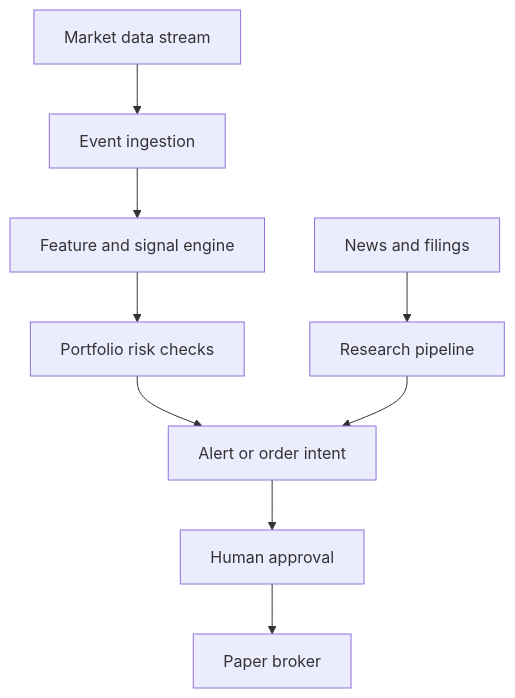
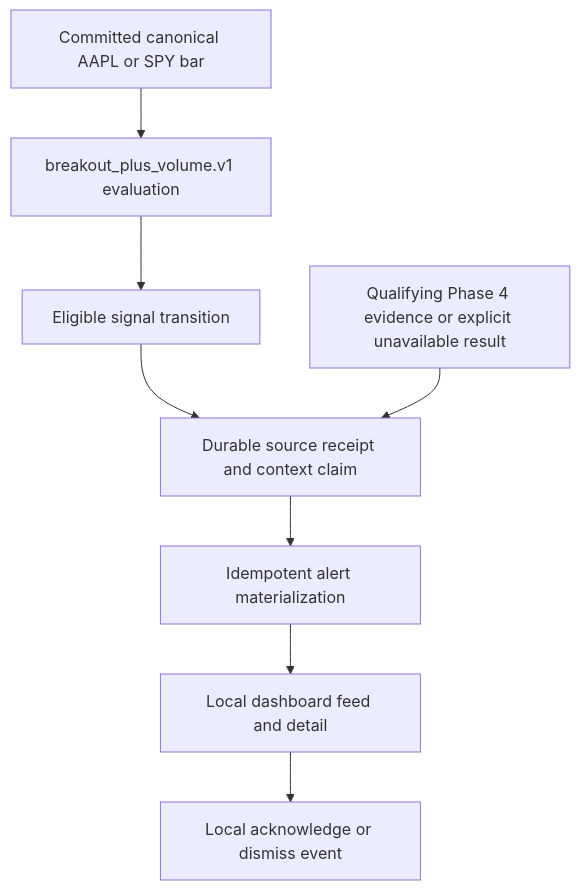
Before and after one commit to jimmie-potts/daily-trader: the diagram in README.md, drawn with Mermaid. The commit also changed other lines of this file and 21 other files, not shown here.

Commit message:
docs: define local alert MVP roadmap

````diff
--- a/README.md
+++ b/README.md
@@ -191,12 +196,10 @@
 ```mermaid
 flowchart TD
-    A[Market data stream] --> B[Event ingestion]
-    B --> C[Feature and signal engine]
-    C --> D[Portfolio risk checks]
-    D --> E[Alert or order intent]
-    E --> F[Human approval]
-    F --> G[Paper broker]
-
-    H[News and filings] --> I[Research pipeline]
-    I --> E
+    A[Committed canonical AAPL or SPY bar] --> B[breakout_plus_volume.v1 evaluation]
+    B --> C[Eligible signal transition]
+    C --> D[Durable source receipt and context claim]
+    P[Qualifying Phase 4 evidence or explicit unavailable result] --> D
+    D --> E[Idempotent alert materialization]
+    E --> F[Local dashboard feed and detail]
+    F --> G[Local acknowledge or dismiss event]
 ```
````
